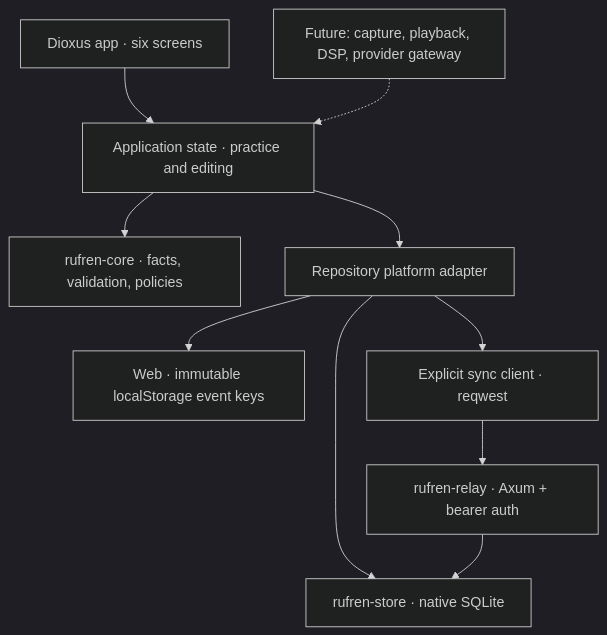
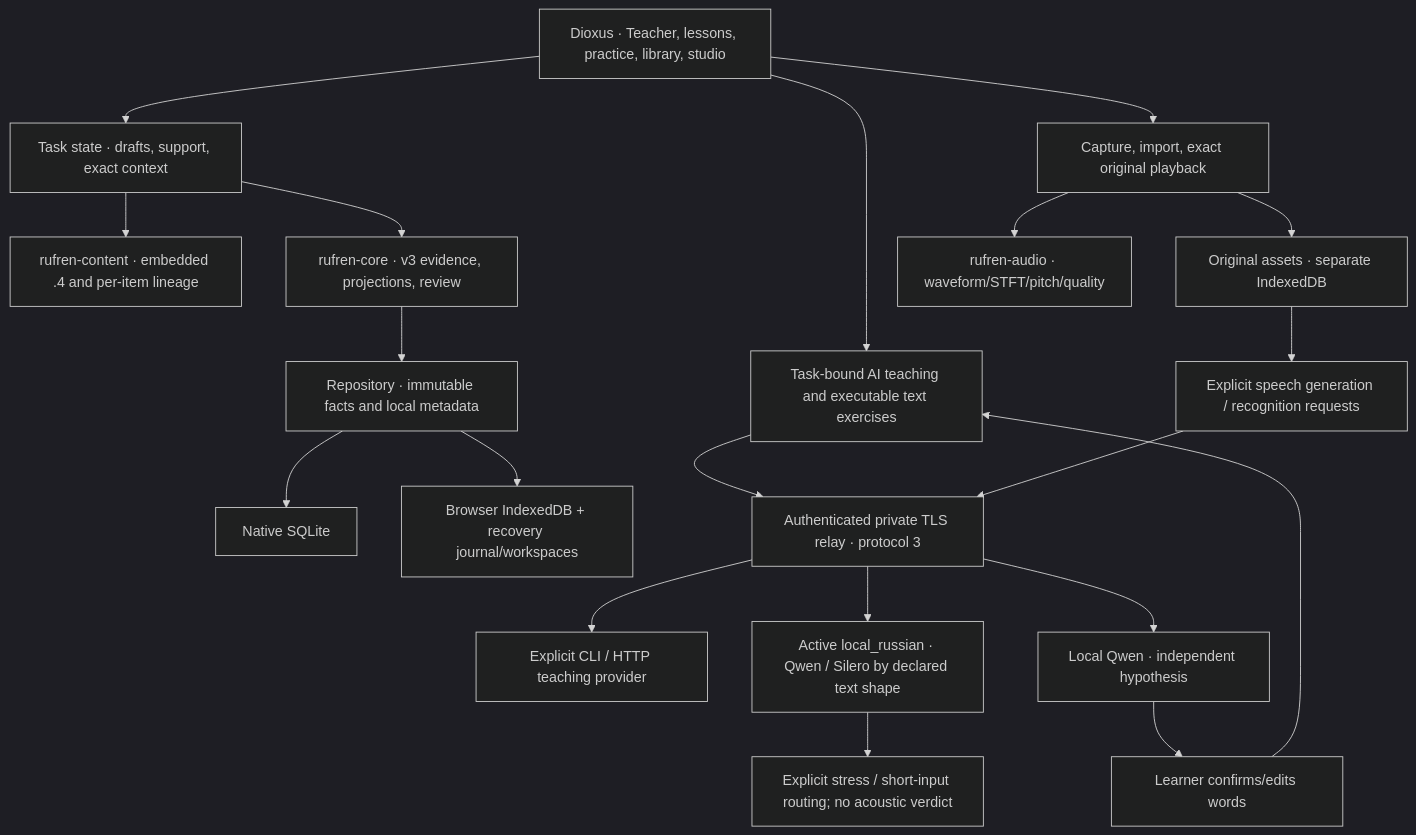
Before and after one commit to emberian/drussky: the diagram in ARCHITECTURE.md, drawn with Mermaid (dark theme). The commit also changed other lines of this file and 204 other files, not shown here.

Commit message:
Build AI-led Russian lessons, speech tools, and durable learning history

````diff
--- a/ARCHITECTURE.md
+++ b/ARCHITECTURE.md
@@ -7,12 +9,22 @@
 ```mermaid
 flowchart TD
-    UI["Dioxus app · six screens"] --> State["Application state · practice and editing"]
-    State --> Core["rufren-core · facts, validation, policies"]
-    State --> Repo["Repository platform adapter"]
-    Repo --> SQL["rufren-store · native SQLite"]
-    Repo --> Browser["Web · immutable localStorage event keys"]
-    Repo --> Client["Explicit sync client · reqwest"]
-    Client --> Relay["rufren-relay · Axum + bearer auth"]
-    Relay --> SQL
-    Future["Future: capture, playback, DSP, provider gateway"] -.-> State
+    UI["Dioxus · Teacher, lessons, practice, library, studio"] --> State["Task state · drafts, support, exact context"]
+    State --> Content["rufren-content · embedded .4 and per-item lineage"]
+    State --> Core["rufren-core · v3 evidence, projections, review"]
+    Core --> Repo["Repository · immutable facts and local metadata"]
+    Repo --> SQL["Native SQLite"]
+    Repo --> Browser["Browser IndexedDB + recovery journal/workspaces"]
+    UI --> Teacher["Task-bound AI teaching and executable text exercises"]
+    Teacher --> Relay["Authenticated private TLS relay · protocol 3"]
+    Relay --> Text["Explicit CLI / HTTP teaching provider"]
+    UI --> Audio["Capture, import, exact original playback"]
+    Audio --> Blobs["Original assets · separate IndexedDB"]
+    Blobs --> Speech["Explicit speech generation / recognition requests"]
+    Speech --> Relay
+    Relay --> TTS["Active local_russian · Qwen / Silero by declared text shape"]
+    Relay --> ASR["Local Qwen · independent hypothesis"]
+    ASR --> Confirm["Learner confirms/edits words"]
+    Confirm --> Teacher
+    Audio --> DSP["rufren-audio · waveform/STFT/pitch/quality"]
+    TTS --> Router["Explicit stress / short-input routing; no acoustic verdict"]
 ```
````
